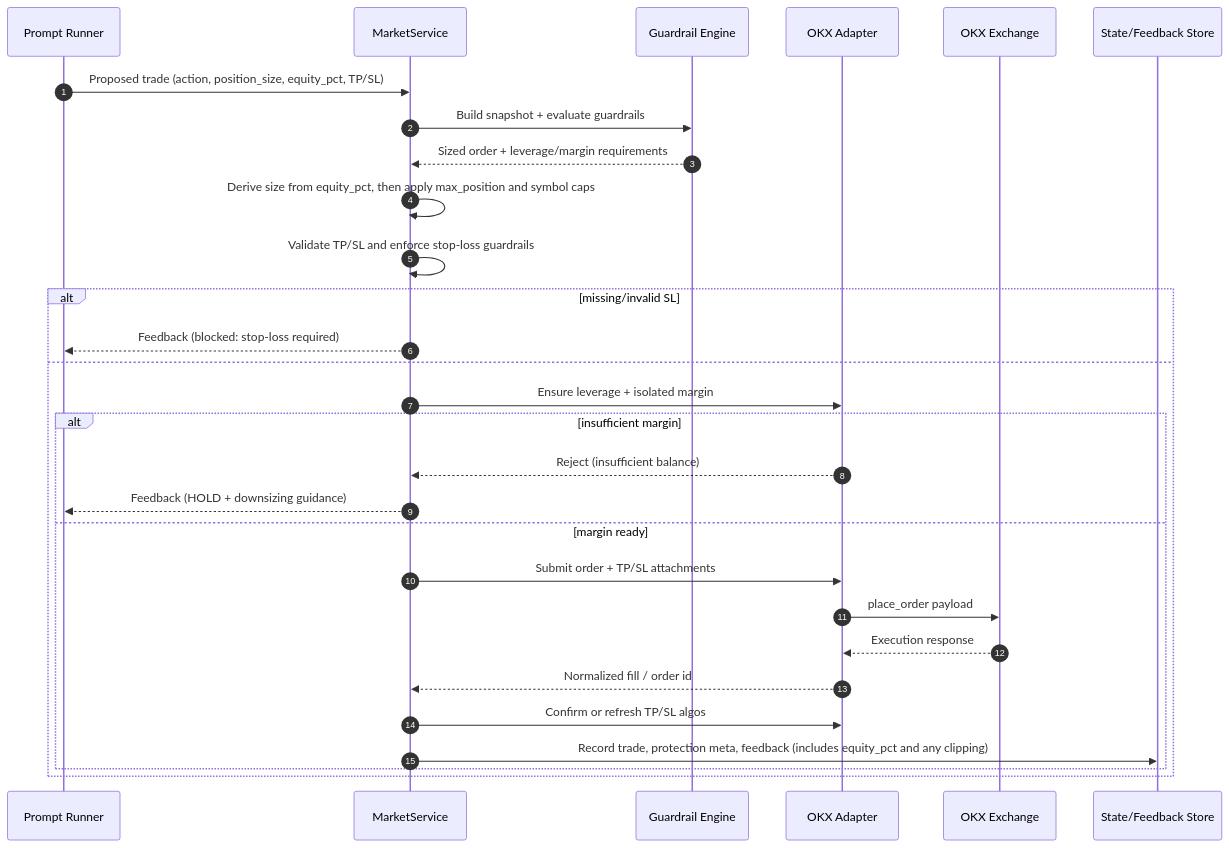
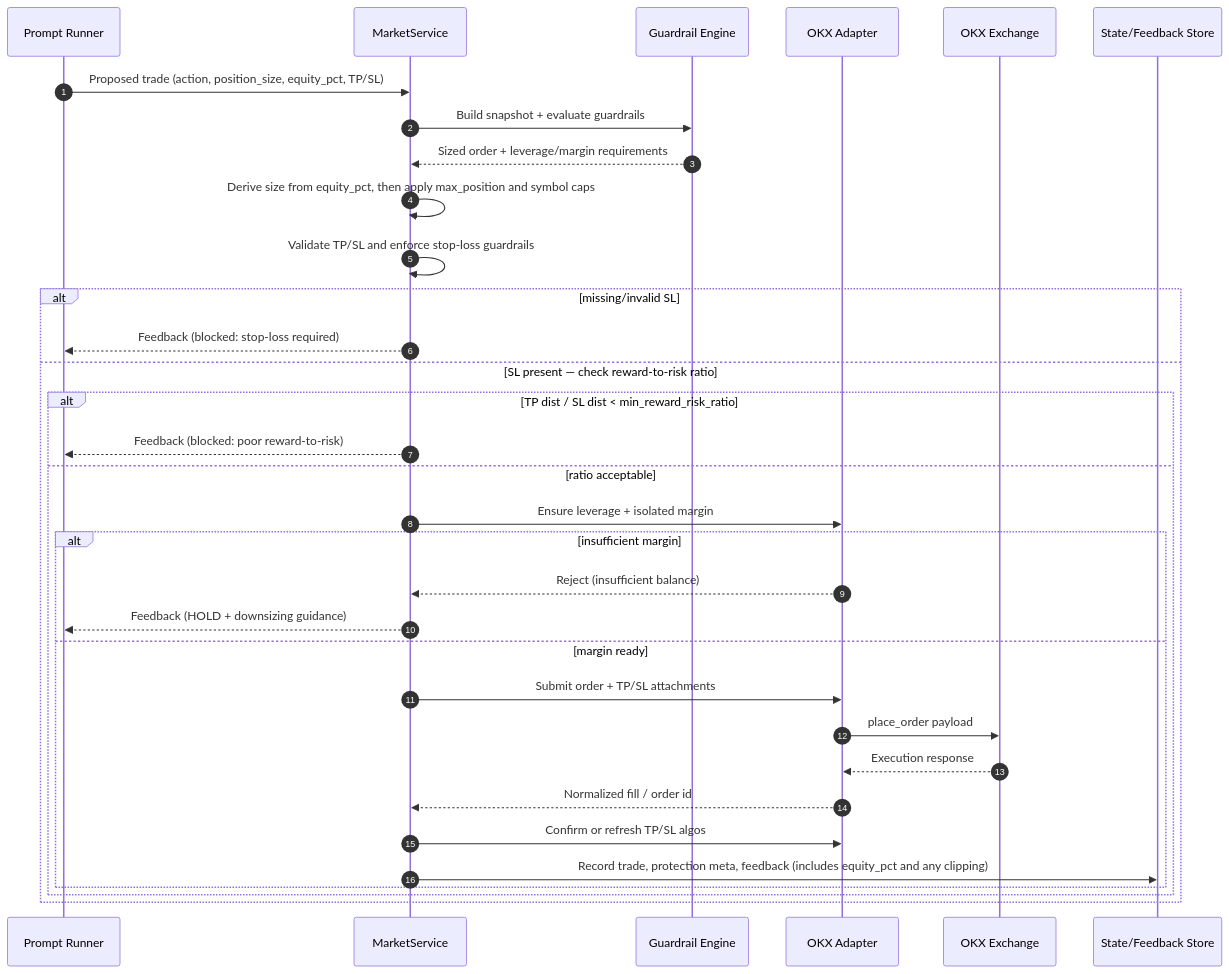
The diagram in GUARDRAILS.md (edfoo/tai2), drawn with Mermaid before and after one commit. The commit also changed other lines of this file and 2 other files, not shown here.

Commit message:
Hard block unbalanced reward-to-risk

````diff
--- a/GUARDRAILS.md
+++ b/GUARDRAILS.md
@@ -9,32 +9,36 @@
 ```mermaid
 sequenceDiagram
     autonumber
     participant PR as Prompt Runner
     participant MS as MarketService
     participant GE as Guardrail Engine
     participant OA as OKX Adapter
     participant EX as OKX Exchange
     participant DB as State/Feedback Store
 
     PR->>MS: Proposed trade (action, position_size, equity_pct, TP/SL)
     MS->>GE: Build snapshot + evaluate guardrails
     GE-->>MS: Sized order + leverage/margin requirements
     MS->>MS: Derive size from equity_pct, then apply max_position and symbol caps
     MS->>MS: Validate TP/SL and enforce stop-loss guardrails
     alt missing/invalid SL
         MS-->>PR: Feedback (blocked: stop-loss required)
-    else
-        MS->>OA: Ensure leverage + isolated margin
-        alt insufficient margin
-            OA-->>MS: Reject (insufficient balance)
-            MS-->>PR: Feedback (HOLD + downsizing guidance)
-        else margin ready
-            MS->>OA: Submit order + TP/SL attachments
-            OA->>EX: place_order payload
-            EX-->>OA: Execution response
-            OA-->>MS: Normalized fill / order id
-            MS->>OA: Confirm or refresh TP/SL algos
-            MS->>DB: Record trade, protection meta, feedback (includes equity_pct and any clipping)
+    else SL present — check reward-to-risk ratio
+        alt TP dist / SL dist < min_reward_risk_ratio
+            MS-->>PR: Feedback (blocked: poor reward-to-risk)
+        else ratio acceptable
+            MS->>OA: Ensure leverage + isolated margin
+            alt insufficient margin
+                OA-->>MS: Reject (insufficient balance)
+                MS-->>PR: Feedback (HOLD + downsizing guidance)
+            else margin ready
+                MS->>OA: Submit order + TP/SL attachments
+                OA->>EX: place_order payload
+                EX-->>OA: Execution response
+                OA-->>MS: Normalized fill / order id
+                MS->>OA: Confirm or refresh TP/SL algos
+                MS->>DB: Record trade, protection meta, feedback (includes equity_pct and any clipping)
+            end
         end
     end
 ```
````
